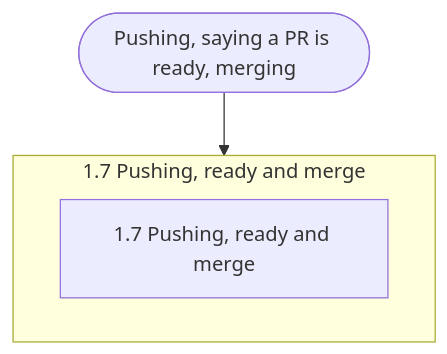
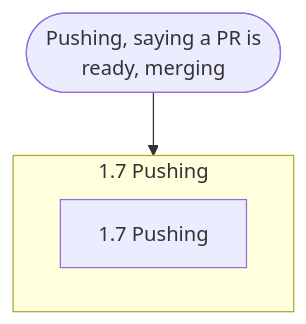
One commit to nitedani/mergeworthy changed the fourth of 14 diagrams in docs/graphs.md. Above: the diagram before and after it, drawn with Mermaid. The commit also changed other lines of this file and 1 other file, not shown here.

First line of the commit message:
Graphs: short labels wrapped into lines, so GitHub doesn't cut them off

````diff
--- a/docs/graphs.md
+++ b/docs/graphs.md
@@ -127,8 +127,8 @@
 ```mermaid
 flowchart TB
-  start(["Pushing, saying a PR is ready, merging"])
-  subgraph g0["1.7 Pushing, ready and merge"]
-    s0["1.7 Pushing, ready and merge"]
+  start(["Pushing, saying a PR is<br/>ready, merging"])
+  subgraph g0["1.7 Pushing"]
+    s0["1.7 Pushing"]
   end
   start --> g0
 ```
````
